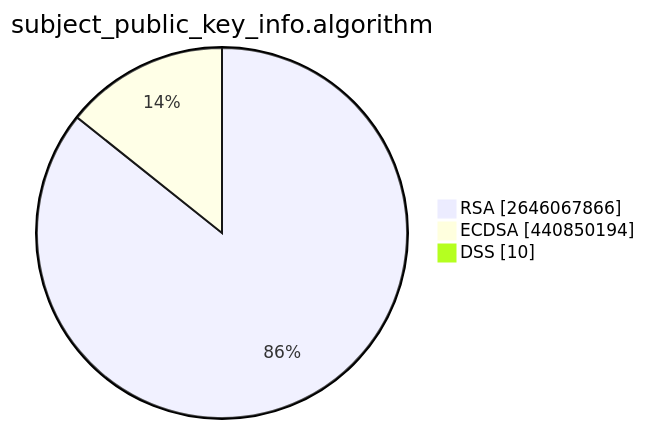
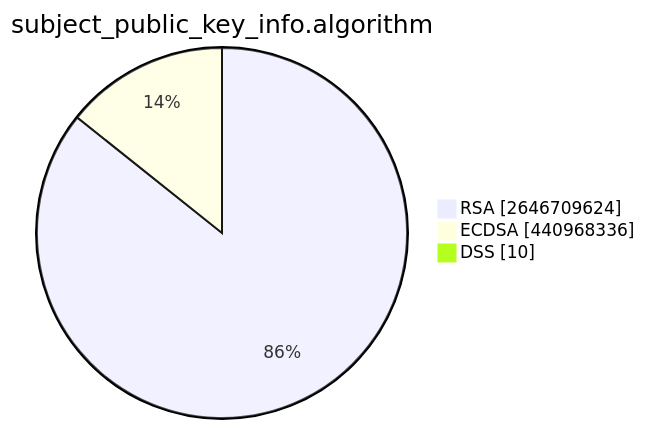
One commit to christiankrug/ctmonitor_visualization changed the second of 15 diagrams in TOTAL/README.md. Above: the diagram before and after it, drawn with Mermaid. The commit also changed other lines of this file, not shown here.

````diff
--- a/TOTAL/README.md
+++ b/TOTAL/README.md
@@ -6,7 +6,7 @@
 ```mermaid
 pie showData
 title subject_public_key_info.algorithm
-"RSA" :2646067866
-"ECDSA" :440850194
+"RSA" :2646709624
+"ECDSA" :440968336
 "DSS" :10
 ```
````
